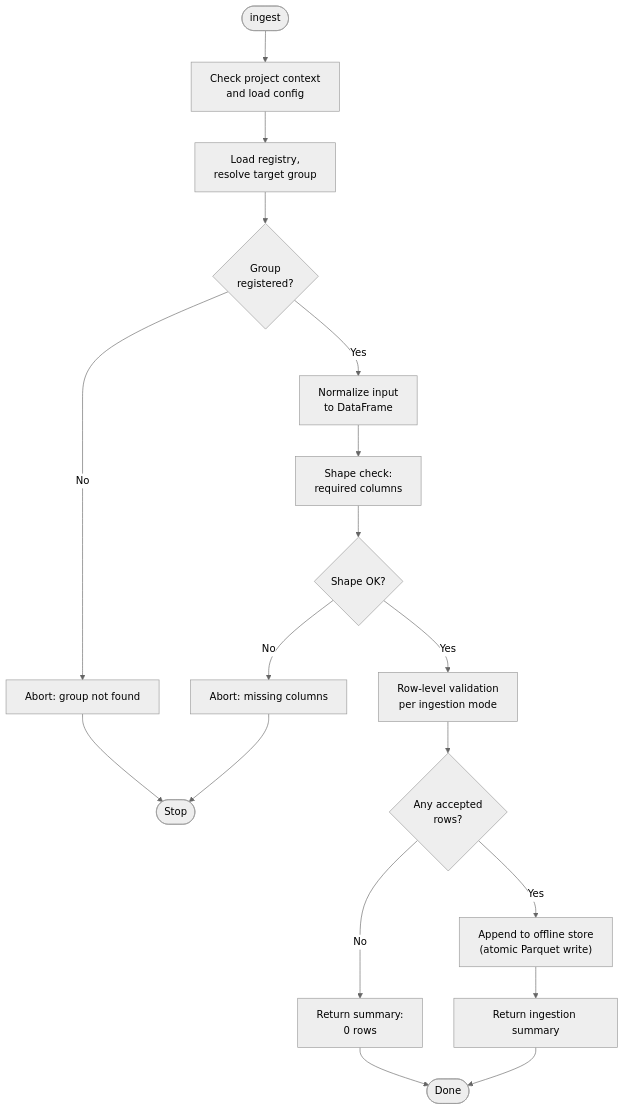
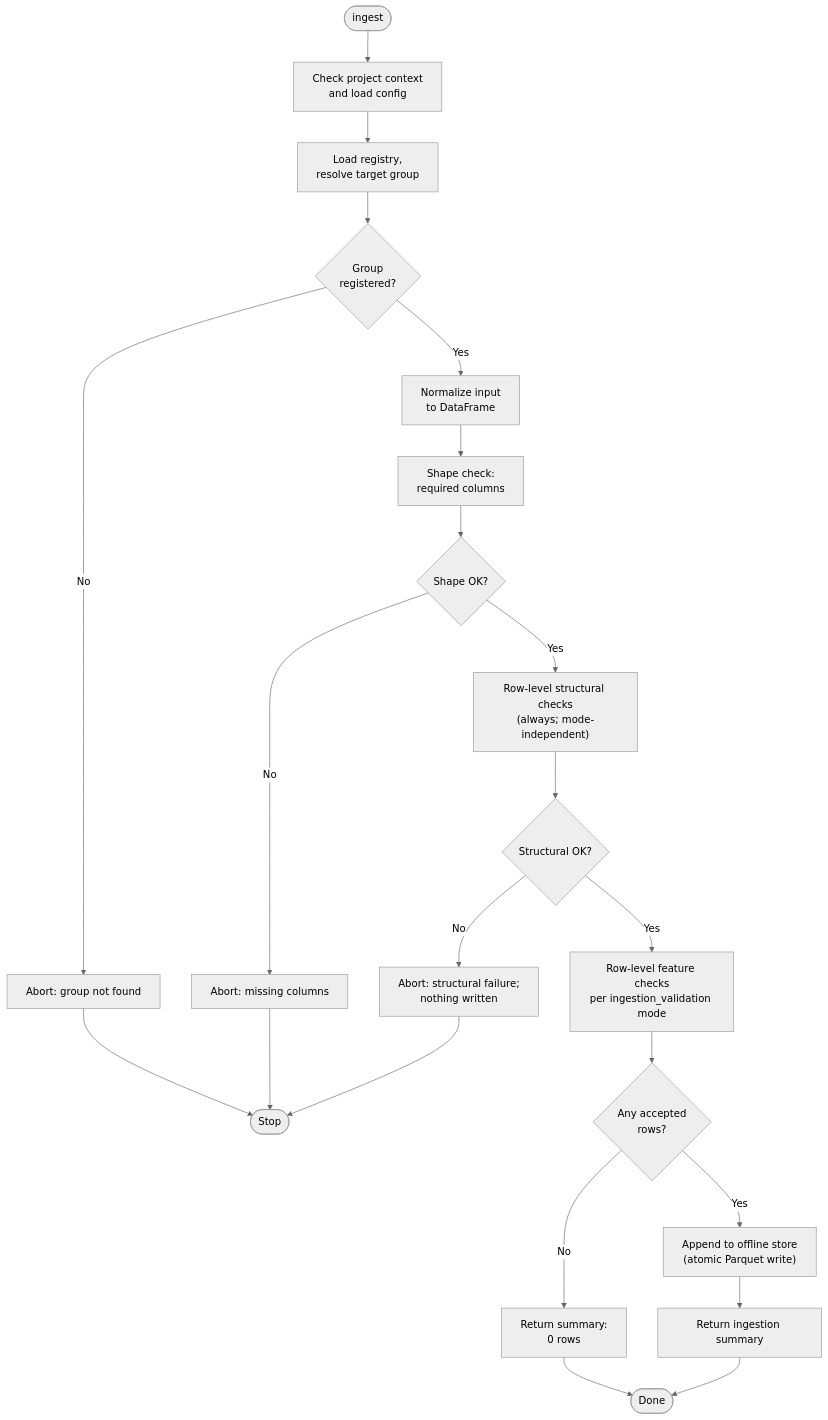
The seventh of 10 diagrams in docs/03-system-behavior.md (fedaipaca/kitefs), drawn with Mermaid (neutral theme) before and after one commit. The commit also changed other lines of this file and 3 other files, not shown here.

````diff
--- a/docs/03-system-behavior.md
+++ b/docs/03-system-behavior.md
@@ -352,20 +353,24 @@
 ```mermaid
 flowchart TD
     START(["ingest"]) --> CTX["Check project context<br>and load config"]
     CTX --> RESOLVE["Load registry,<br>resolve target group"]
     RESOLVE --> FOUND{"Group<br>registered?"}
     FOUND -- No --> MISSING["Abort: group not found"]
     MISSING --> END_FAIL(["Stop"])
     FOUND -- Yes --> NORMALIZE["Normalize input<br>to DataFrame"]
     NORMALIZE --> SHAPE["Shape check:<br>required columns"]
     SHAPE --> SHAPE_OK{"Shape OK?"}
     SHAPE_OK -- No --> SHAPE_FAIL["Abort: missing columns"]
     SHAPE_FAIL --> END_FAIL
-    SHAPE_OK -- Yes --> VALIDATE["Row-level validation<br>per ingestion mode"]
-    VALIDATE --> ACCEPTED{"Any accepted<br>rows?"}
+    SHAPE_OK -- Yes --> STRUCT["Row-level structural checks<br>(always; mode-independent)"]
+    STRUCT --> STRUCT_OK{"Structural OK?"}
+    STRUCT_OK -- No --> STRUCT_FAIL["Abort: structural failure;<br>nothing written"]
+    STRUCT_FAIL --> END_FAIL
+    STRUCT_OK -- Yes --> FEATURE["Row-level feature checks<br>per ingestion_validation mode"]
+    FEATURE --> ACCEPTED{"Any accepted<br>rows?"}
     ACCEPTED -- No --> ZERO["Return summary:<br>0 rows"]
     ZERO --> END_OK(["Done"])
     ACCEPTED -- Yes --> WRITE["Append to offline store<br>(atomic Parquet write)"]
     WRITE --> SUMMARY["Return ingestion summary"]
     SUMMARY --> END_OK
 ```
````
